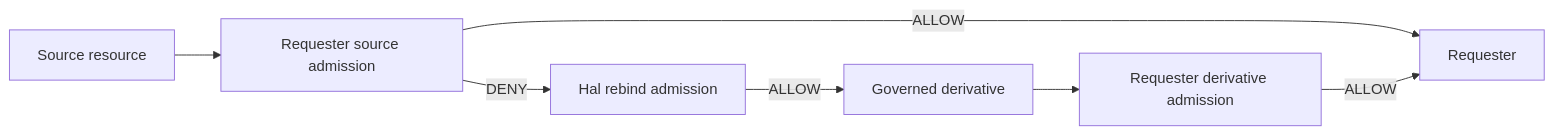
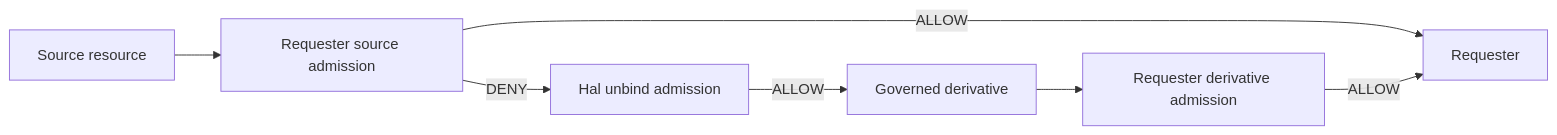
One commit to onzelf/openhealth-cdi changed the tenth of 11 diagrams in doc/SCENARIOS.md. Above: the diagram before and after it, drawn with Mermaid. The commit also changed other lines of this file and 26 other files, not shown here.

````diff
--- a/doc/SCENARIOS.md
+++ b/doc/SCENARIOS.md
@@ -292,16 +292,16 @@
 ```mermaid
 flowchart LR
     Source["Source resource"]
     SourceAdmission["Requester source admission"]
-    Rebind["Hal rebind admission"]
+    Unbind["Hal unbind admission"]
     Derivative["Governed derivative"]
     Release["Requester derivative admission"]
     Requester["Requester"]
 
     Source --> SourceAdmission
     SourceAdmission -->|"ALLOW"| Requester
-    SourceAdmission -->|"DENY"| Rebind
-    Rebind -->|"ALLOW"| Derivative
+    SourceAdmission -->|"DENY"| Unbind
+    Unbind -->|"ALLOW"| Derivative
     Derivative --> Release
     Release -->|"ALLOW"| Requester
 ```
````
